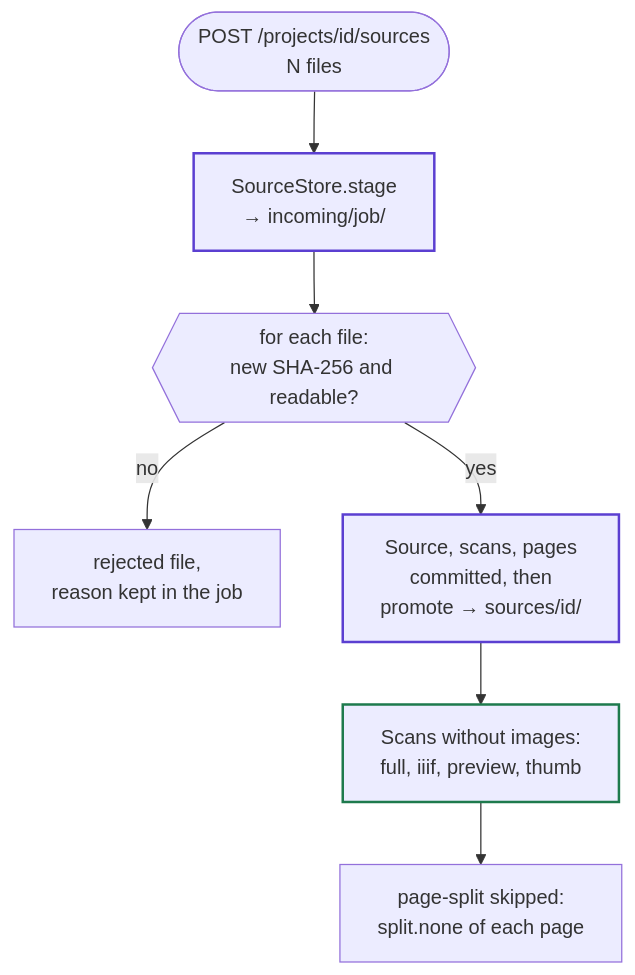
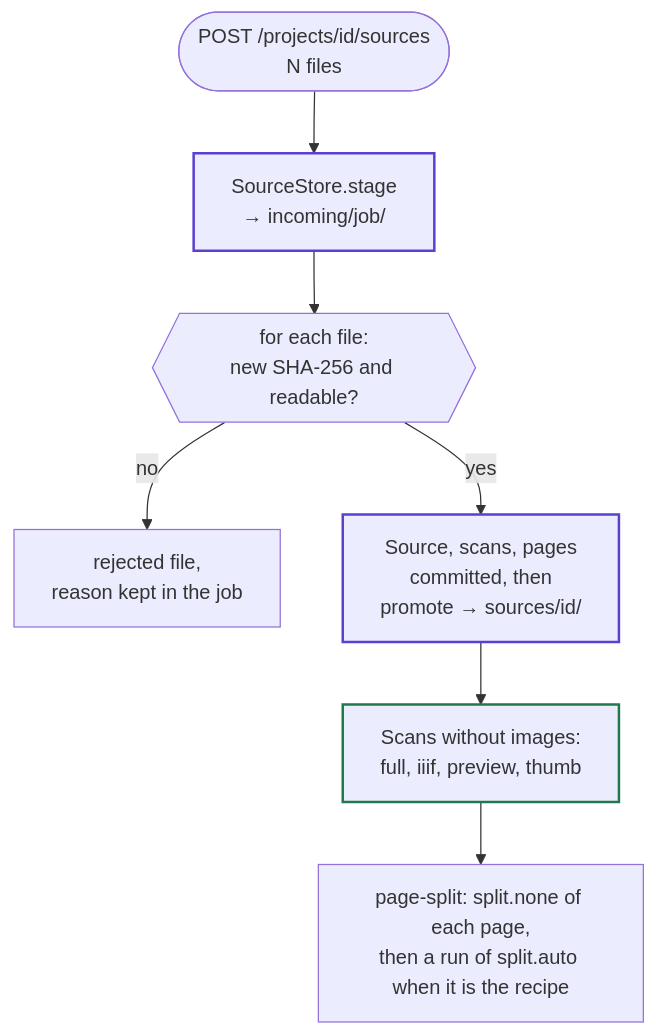
Before and after one commit to akhmialeuski/BookReviver: the eighth of 8 diagrams in docs/architecture.md, drawn with Mermaid. The commit also changed other lines of this file and 46 other files, not shown here.

````diff
--- a/docs/architecture.md
+++ b/docs/architecture.md
@@ -1184,12 +1216,12 @@
 ```mermaid
 flowchart TD
     U(["POST /projects/id/sources<br/>N files"]) --> St["SourceStore.stage<br/>→ incoming/job/"]
     St --> Ch{{"for each file:<br/>new SHA-256 and readable?"}}
     Ch -- no --> R["rejected file,<br/>reason kept in the job"]
     Ch -- yes --> S["Source, scans, pages<br/>committed, then<br/>promote → sources/id/"]
     S --> C["Scans without images:<br/>full, iiif, preview, thumb"]
-    C --> P["page-split skipped:<br/>split.none of each page"]
+    C --> P["page-split: split.none of each page,<br/>then a run of split.auto when it is the recipe"]
     style St stroke:#5b3fd1,stroke-width:2px
     style S stroke:#5b3fd1,stroke-width:2px
     style C stroke:#1e7a4d,stroke-width:2px
 ```
````
